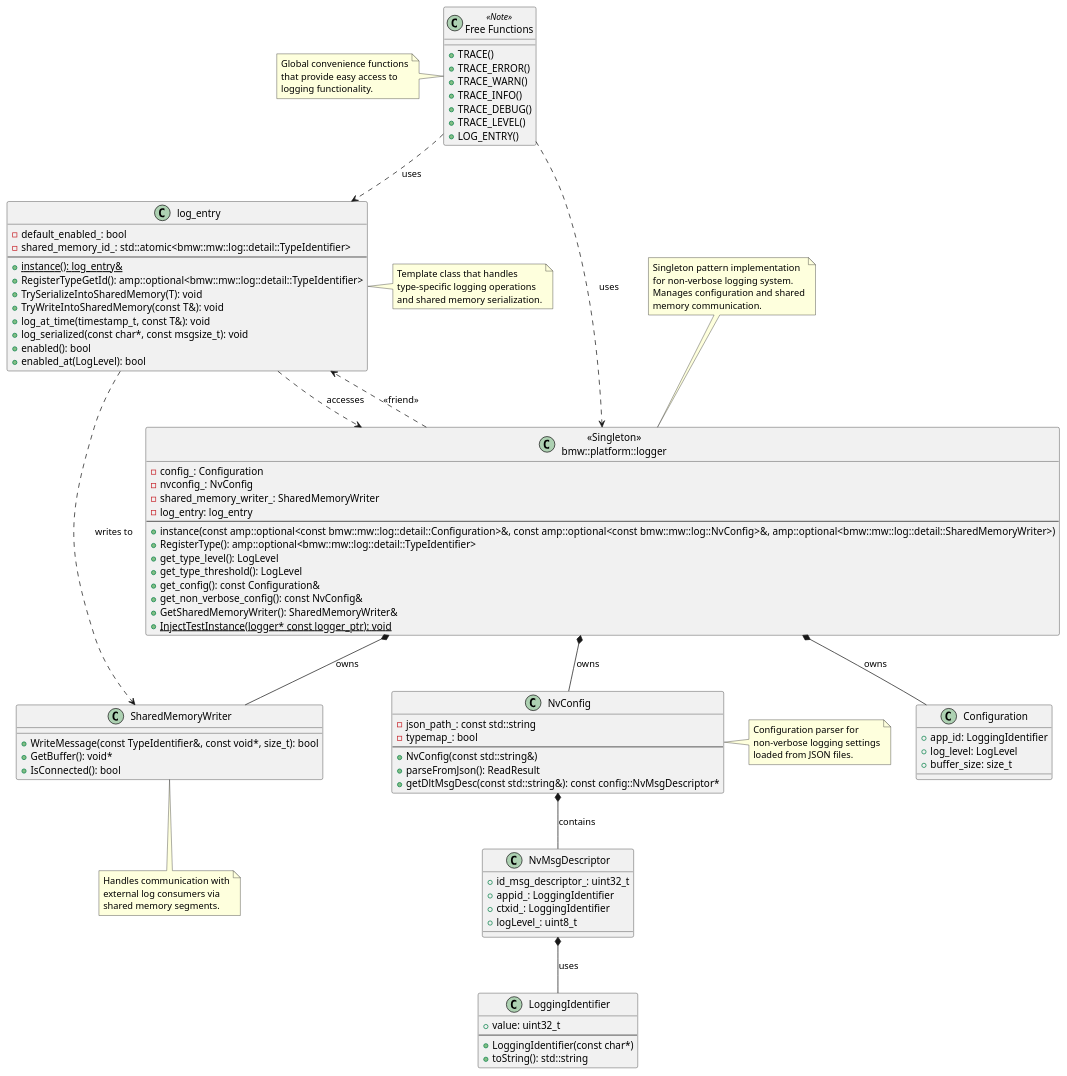
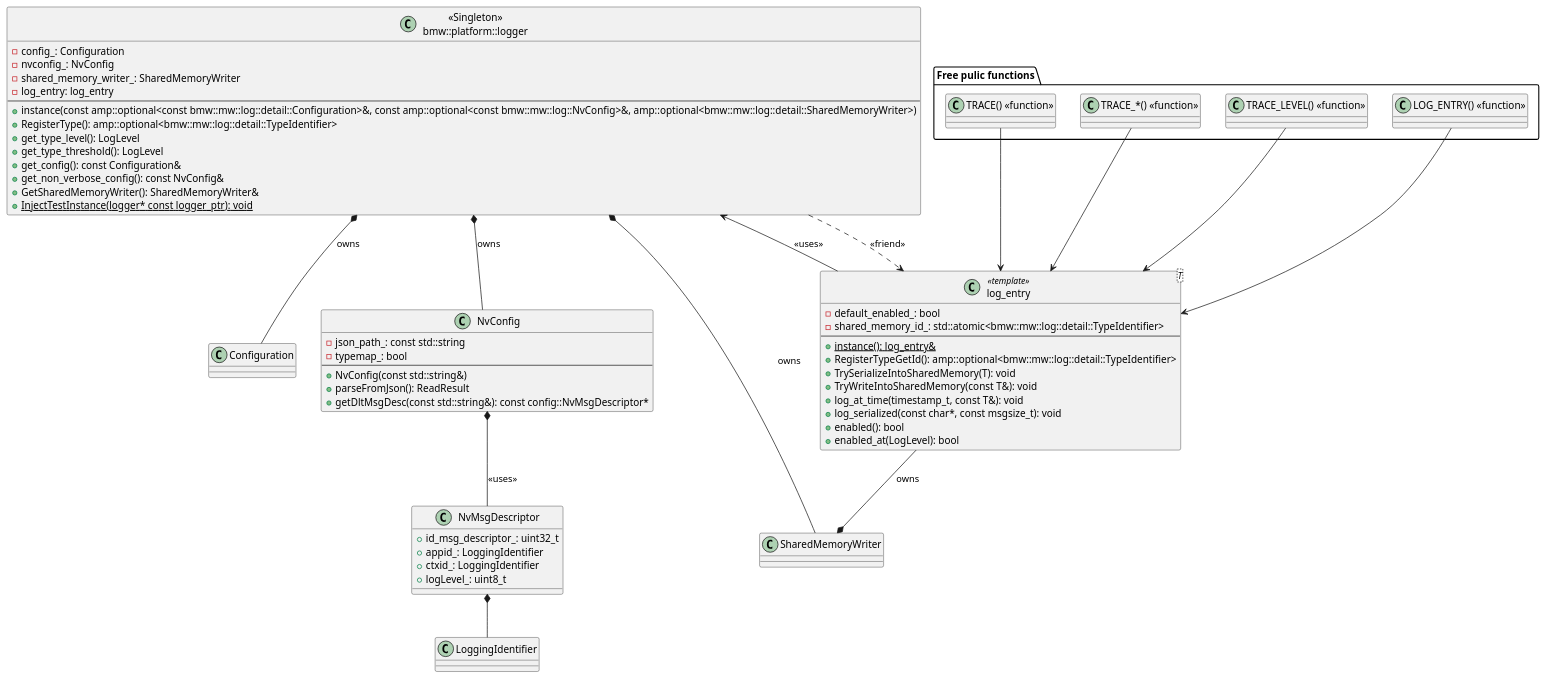
The diagram in design/non_verbose_logging_static.puml (eclipse-score/inc_mw_log), drawn with PlantUML before and after one commit. The commit also changed 5 other files, not shown here.

Commit message:
next set of diagrams

```diff
--- a/design/non_verbose_logging_static.puml
+++ b/design/non_verbose_logging_static.puml
@@ -1,124 +1,82 @@
 @startuml non_verbose_logging_static
 
 class "<<Singleton>>\nbmw::platform::logger" as Logger {
   - config_: Configuration
   - nvconfig_: NvConfig
   - shared_memory_writer_: SharedMemoryWriter
   - log_entry: log_entry
   --
   + instance(const amp::optional<const bmw::mw::log::detail::Configuration>&, const amp::optional<const bmw::mw::log::NvConfig>&, amp::optional<bmw::mw::log::detail::SharedMemoryWriter>)
   + RegisterType(): amp::optional<bmw::mw::log::detail::TypeIdentifier>
   + get_type_level(): LogLevel
   + get_type_threshold(): LogLevel
   + get_config(): const Configuration&
   + get_non_verbose_config(): const NvConfig&
   + GetSharedMemoryWriter(): SharedMemoryWriter&
-  + InjectTestInstance(logger* const logger_ptr): void {static}
+  + {static} InjectTestInstance(logger* const logger_ptr): void
 }
 
-class log_entry {
+class "log_entry<T>" as log_entry <<template>> {
   - default_enabled_: bool
   - shared_memory_id_: std::atomic<bmw::mw::log::detail::TypeIdentifier>
   --
-  + instance(): log_entry& {static}
+  + {static} instance(): log_entry&
   + RegisterTypeGetId(): amp::optional<bmw::mw::log::detail::TypeIdentifier>
   + TrySerializeIntoSharedMemory(T): void
   + TryWriteIntoSharedMemory(const T&): void
   + log_at_time(timestamp_t, const T&): void
   + log_serialized(const char*, const msgsize_t): void
   + enabled(): bool
   + enabled_at(LogLevel): bool
 }
 
 class Configuration {
-  + app_id: LoggingIdentifier
-  + log_level: LogLevel
-  + buffer_size: size_t
 }
 
 class NvConfig {
   - json_path_: const std::string
   - typemap_: bool
   --
   + NvConfig(const std::string&)
   + parseFromJson(): ReadResult
   + getDltMsgDesc(const std::string&): const config::NvMsgDescriptor*
 }
 
 class SharedMemoryWriter {
-  + WriteMessage(const TypeIdentifier&, const void*, size_t): bool
-  + GetBuffer(): void*
-  + IsConnected(): bool
 }
 
 class NvMsgDescriptor {
   + id_msg_descriptor_: uint32_t
   + appid_: LoggingIdentifier
   + ctxid_: LoggingIdentifier
   + logLevel_: uint8_t
 }
 
 class LoggingIdentifier {
-  + value: uint32_t
-  --
-  + LoggingIdentifier(const char*)
-  + toString(): std::string
 }
 
-class "Free Functions" as FreeFunctions <<Note>> {
-  + TRACE()
-  + TRACE_ERROR()
-  + TRACE_WARN()
-  + TRACE_INFO()
-  + TRACE_DEBUG()
-  + TRACE_LEVEL()
-  + LOG_ENTRY()
+package "Free pulic functions" {
+  class "LOG_ENTRY() <<function>>" as log_entry_func { }
+  class "TRACE() <<function>>" as trace_func { }
+  class "TRACE_*() <<function>>" as trace_all_func{ }
+  class "TRACE_LEVEL() <<function>>" as trace_level_func { }
 }
 
 ' Relationships
 Logger *-- Configuration : "owns"
 Logger *-- NvConfig : "owns"
 Logger *-- SharedMemoryWriter : "owns"
-Logger ..> log_entry : "<<friend>>"
 
-NvConfig *-- NvMsgDescriptor : "contains"
-NvMsgDescriptor *-- LoggingIdentifier : "uses"
+Logger ..> log_entry : "<< friend >>"
 
-log_entry ..> SharedMemoryWriter : "writes to"
-log_entry ..> Logger : "accesses"
+log_entry --* SharedMemoryWriter : "owns"
+log_entry --> Logger : "<< uses >>"
 
-FreeFunctions ..> log_entry : "uses"
-FreeFunctions ..> Logger : "uses"
+NvConfig *-- NvMsgDescriptor : "<< uses >>"
+NvMsgDescriptor *-- LoggingIdentifier
 
-note top of Logger
-  Singleton pattern implementation
-  for non-verbose logging system.
-  Manages configuration and shared
-  memory communication.
-end note
-
-note right of log_entry
-  Template class that handles
-  type-specific logging operations
-  and shared memory serialization.
-end note
-
-note bottom of SharedMemoryWriter
-  Handles communication with
-  external log consumers via
-  shared memory segments.
-end note
-
-note left of FreeFunctions
-  Global convenience functions
-  that provide easy access to
-  logging functionality.
-end note
-
-note right of NvConfig
-  Configuration parser for
-  non-verbose logging settings
-  loaded from JSON files.
-end note
-
+log_entry_func --> log_entry
+trace_func --> log_entry
+trace_all_func --> log_entry
+trace_level_func --> log_entry
 @enduml
```
